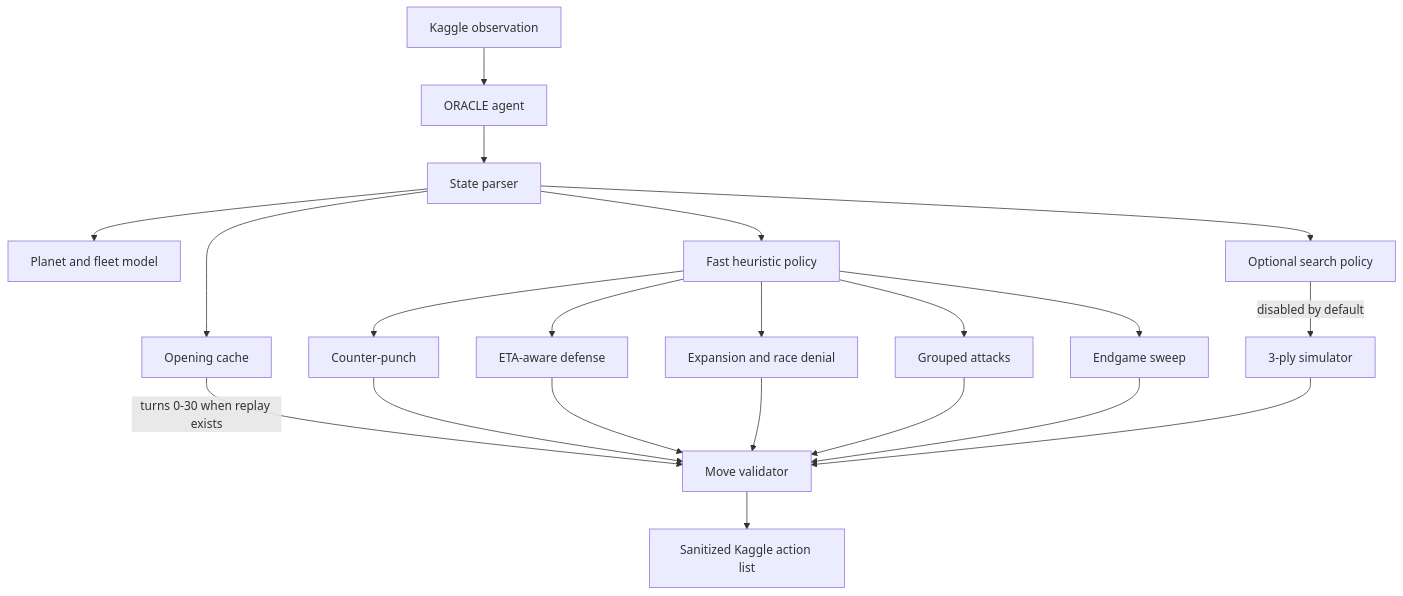
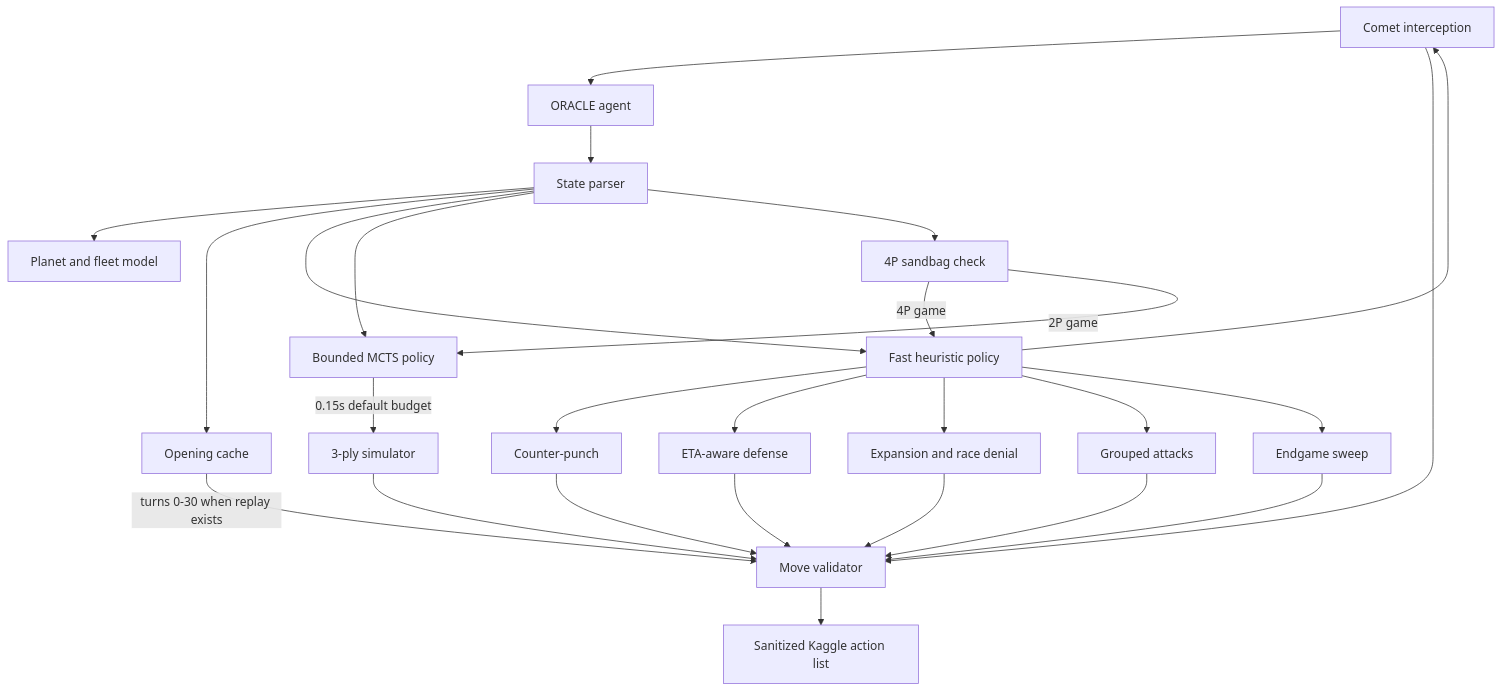
Before and after one commit to VampFay/ORACLE-Orbit-Wars-Kaggle_Hackathon: the first of 2 diagrams in oracle-orbit-wars/README.md, drawn with Mermaid. The commit also changed other lines of this file and 4 other files, not shown here.

````diff
--- a/oracle-orbit-wars/README.md
+++ b/oracle-orbit-wars/README.md
@@ -17,25 +19,30 @@
 ```mermaid
 flowchart TB
     K[Kaggle observation] --> A[ORACLE agent]
     A --> S[State parser]
     S --> P[Planet and fleet model]
     S --> O[Opening cache]
     S --> H[Fast heuristic policy]
-    S --> X[Optional search policy]
+    S --> X[Bounded MCTS policy]
+    S --> F[4P sandbag check]
 
     O -->|turns 0-30 when replay exists| V[Move validator]
+    F -->|4P game| H
+    F -->|2P game| X
     H --> C[Counter-punch]
     H --> D[ETA-aware defense]
+    H --> K[Comet interception]
     H --> E[Expansion and race denial]
     H --> G[Grouped attacks]
     H --> L[Endgame sweep]
-    X -->|disabled by default| M[3-ply simulator]
+    X -->|0.15s default budget| M[3-ply simulator]
 
     C --> V
     D --> V
+    K --> V
     E --> V
     G --> V
     L --> V
     M --> V
     V --> R[Sanitized Kaggle action list]
 ```
````
